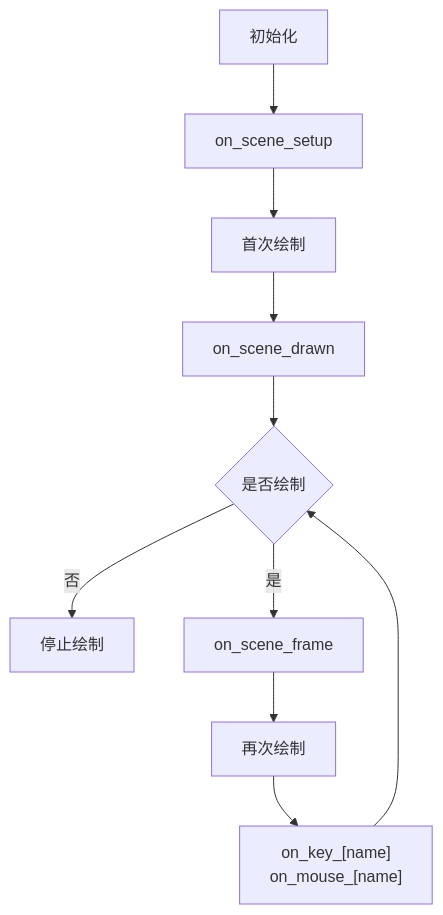
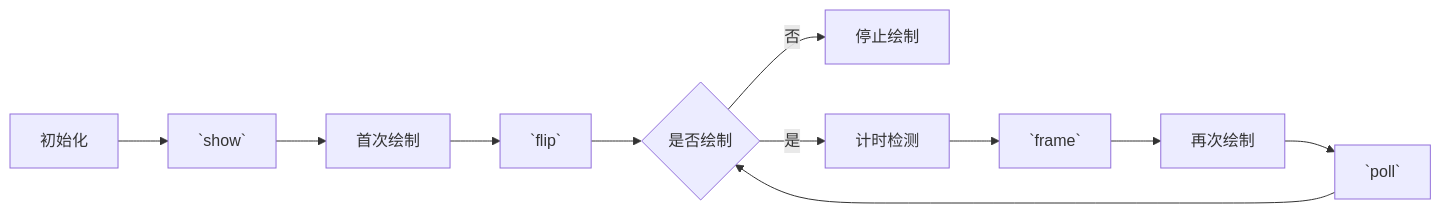
The diagram in README-zh.md (bluebonesx/psychopy-scene), drawn with Mermaid before and after one commit. The commit also changed other lines of this file and 7 other files, not shown here.

````diff
--- a/README-zh.md
+++ b/README-zh.md
@@ -119,6 +137,6 @@
 ```mermaid
-graph TD
-初始化 --> on_scene_setup --> 首次绘制 --> on_scene_drawn --> c{是否绘制}
+graph LR
+初始化 --> `show` --> 首次绘制 --> `flip` --> c{是否绘制}
 c -->|否| 停止绘制
-c -->|是| on_scene_frame --> 再次绘制 --> _["on_key_[name]<br>on_mouse_[name]"] --> c
+c -->|是| 计时检测 --> `frame` --> 再次绘制 --> `poll` --> c
 ```
````
